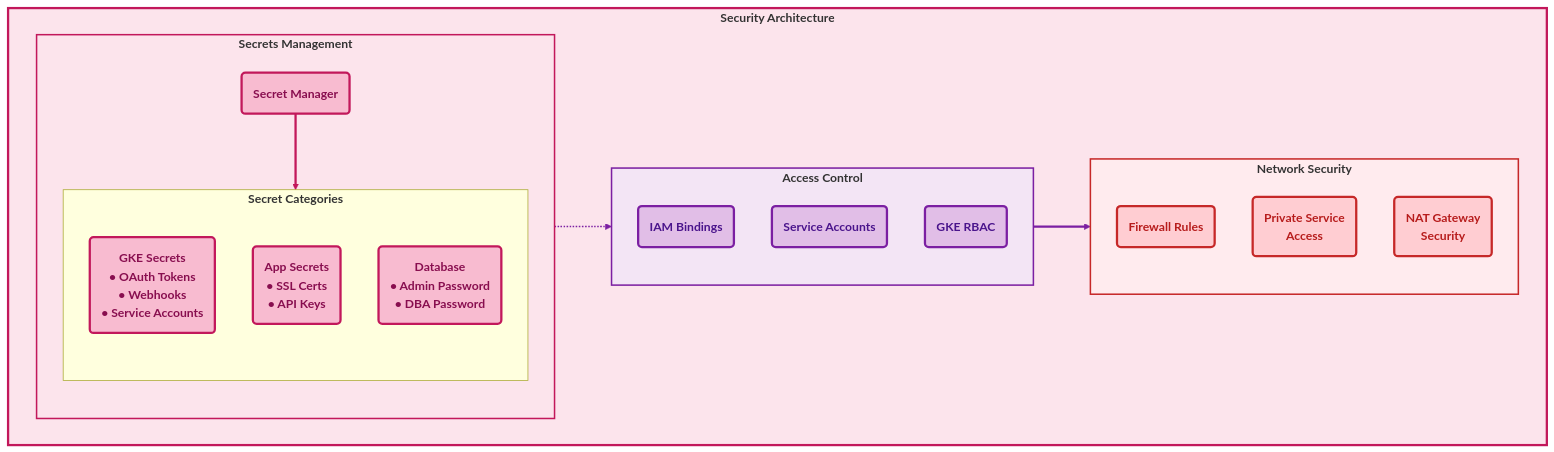
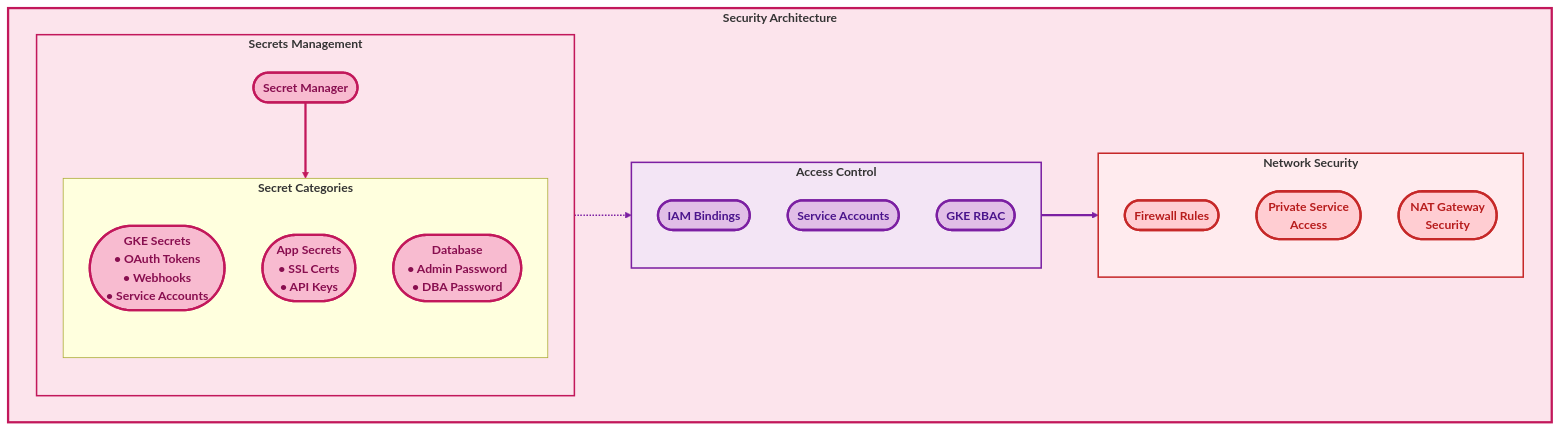
One commit to spolspol/terragrunt-gcp-org-automation changed the fourth of 7 diagrams in docs/ARCHITECTURE_DIAGRAM.md. Above: the diagram before and after it, drawn with Mermaid. The commit also changed other lines of this file, not shown here.

Commit message:
Refines architecture diagram node shapes

````diff
--- a/docs/ARCHITECTURE_DIAGRAM.md
+++ b/docs/ARCHITECTURE_DIAGRAM.md
@@ -309,46 +334,46 @@
 ```mermaid
 flowchart TD
     subgraph SecurityComponents["<b>Security Architecture</b>"]
         subgraph SecretsManagement["<b>Secrets Management</b>"]
-            SM("<b>Secret Manager</b>")
+            SM(["<b>Secret Manager</b>"])
             subgraph SecretTypes["<b>Secret Categories</b>"]
-                GKE_SEC("<b>GKE Secrets<br/>• OAuth Tokens<br/>• Webhooks<br/>• Service Accounts</b>")
-                APP_SEC("<b>App Secrets<br/>• SSL Certs<br/>• API Keys</b>")
-                DB_SEC("<b>Database<br/>• Admin Password<br/>• DBA Password</b>")
+                GKE_SEC(["<b>GKE Secrets<br/>• OAuth Tokens<br/>• Webhooks<br/>• Service Accounts</b>"])
+                APP_SEC(["<b>App Secrets<br/>• SSL Certs<br/>• API Keys</b>"])
+                DB_SEC(["<b>Database<br/>• Admin Password<br/>• DBA Password</b>"])
             end
             SM ==> SecretTypes
         end
 
         subgraph AccessControl["<b>Access Control</b>"]
-            IAM_BIND("<b>IAM Bindings</b>")
-            SA("<b>Service Accounts</b>")
-            RBAC("<b>GKE RBAC</b>")
+            IAM_BIND(["<b>IAM Bindings</b>"])
+            SA(["<b>Service Accounts</b>"])
+            RBAC(["<b>GKE RBAC</b>"])
         end
 
         subgraph NetworkSecurity["<b>Network Security</b>"]
-            FW("<b>Firewall Rules</b>")
-            PSA("<b>Private Service<br/>Access</b>")
-            NAT_SEC("<b>NAT Gateway<br/>Security</b>")
+            FW(["<b>Firewall Rules</b>"])
+            PSA(["<b>Private Service<br/>Access</b>"])
+            NAT_SEC(["<b>NAT Gateway<br/>Security</b>"])
         end
     end
 
     SecretsManagement -.-> AccessControl
     AccessControl ==> NetworkSecurity
 
     classDef secrets fill:#f8bbd0,stroke:#c2185b,stroke-width:3px,font-weight:bold,color:#880e4f
     classDef access fill:#e1bee7,stroke:#7b1fa2,stroke-width:3px,font-weight:bold,color:#4a148c
     classDef netsec fill:#ffcdd2,stroke:#c62828,stroke-width:3px,font-weight:bold,color:#b71c1c
 
     class SM,GKE_SEC,APP_SEC,DB_SEC secrets
     class IAM_BIND,SA,RBAC access
     class FW,PSA,NAT_SEC netsec
 
     linkStyle 0 stroke:#c2185b,stroke-width:3px
     linkStyle 1 stroke:#7b1fa2,stroke-width:2px
     linkStyle 2 stroke:#7b1fa2,stroke-width:3px
 
     style SecurityComponents fill:#fce4ec,stroke:#c2185b,stroke-width:3px
     style SecretsManagement fill:#fce4ec,stroke:#c2185b,stroke-width:2px
     style AccessControl fill:#f3e5f5,stroke:#7b1fa2,stroke-width:2px
     style NetworkSecurity fill:#ffebee,stroke:#c62828,stroke-width:2px
 ```
````
